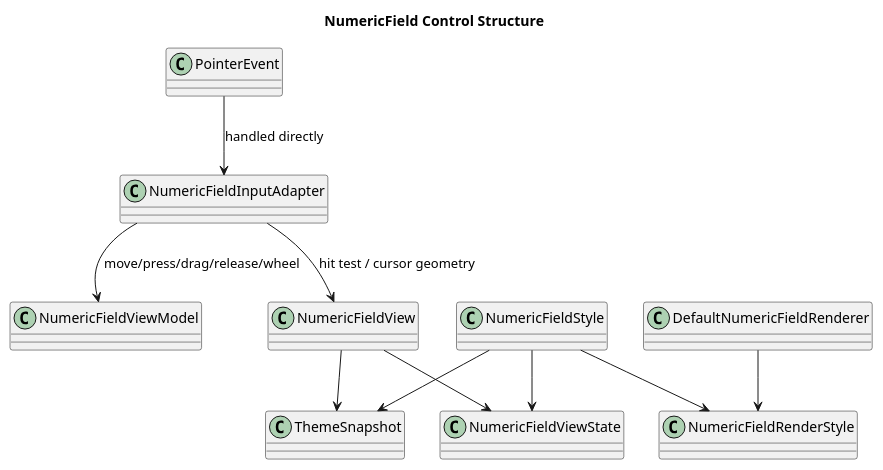
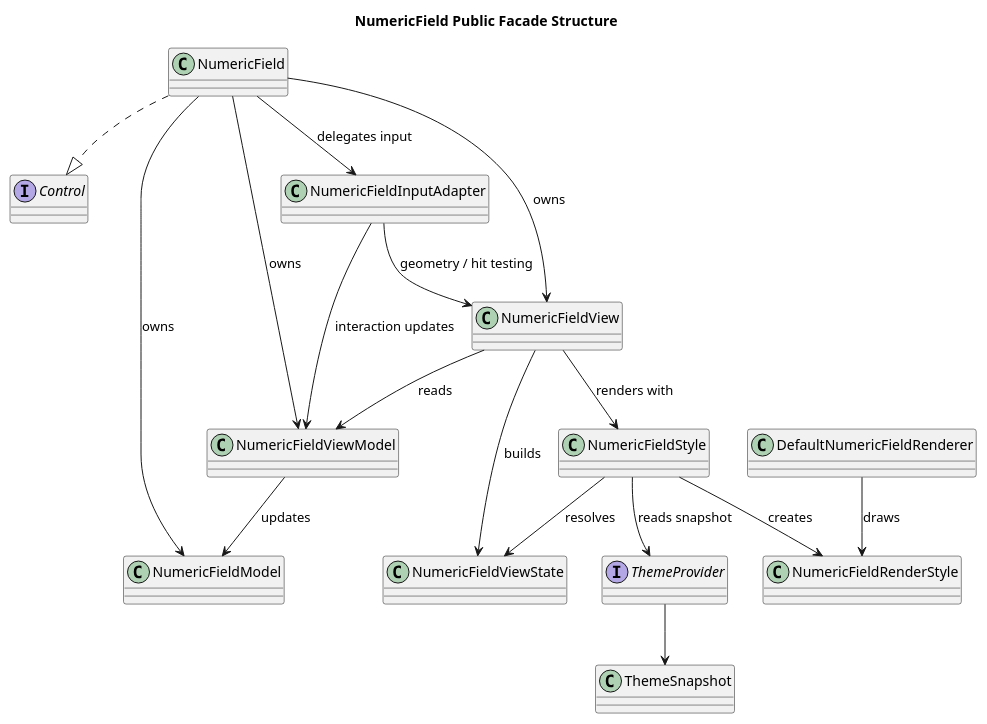
Before and after one commit to cdpoloz/cpz-mvvm-processing-controls: the diagram in docs/uml/control_numericfield.puml, drawn with PlantUML. The commit also changed 251 other files, not shown here.

```diff
--- a/docs/uml/control_numericfield.puml
+++ b/docs/uml/control_numericfield.puml
@@ -1,25 +1,35 @@
 @startuml
-title NumericField Control Structure
+title NumericField Public Facade Structure
 skinparam packageStyle rectangle
 skinparam shadowing false
 
-class PointerEvent
-class NumericFieldInputAdapter
+interface Control
+class NumericField
+class NumericFieldModel
 class NumericFieldViewModel
 class NumericFieldView
+class NumericFieldInputAdapter
 class NumericFieldViewState
 class NumericFieldStyle
 class NumericFieldRenderStyle
 class DefaultNumericFieldRenderer
+interface ThemeProvider
 class ThemeSnapshot
 
-PointerEvent --> NumericFieldInputAdapter : handled directly
-NumericFieldInputAdapter --> NumericFieldView : hit test / cursor geometry
-NumericFieldInputAdapter --> NumericFieldViewModel : move/press/drag/release/wheel
-NumericFieldView --> NumericFieldViewState
-NumericFieldView --> ThemeSnapshot
-NumericFieldStyle --> NumericFieldViewState
-NumericFieldStyle --> ThemeSnapshot
-NumericFieldStyle --> NumericFieldRenderStyle
-DefaultNumericFieldRenderer --> NumericFieldRenderStyle
+NumericField ..|> Control
+NumericField --> NumericFieldModel : owns
+NumericField --> NumericFieldViewModel : owns
+NumericField --> NumericFieldView : owns
+NumericField --> NumericFieldInputAdapter : delegates input
+NumericFieldInputAdapter --> NumericFieldView : geometry / hit testing
+NumericFieldInputAdapter --> NumericFieldViewModel : interaction updates
+NumericFieldViewModel --> NumericFieldModel : updates
+NumericFieldView --> NumericFieldViewModel : reads
+NumericFieldView --> NumericFieldViewState : builds
+NumericFieldView --> NumericFieldStyle : renders with
+NumericFieldStyle --> ThemeProvider : reads snapshot
+ThemeProvider --> ThemeSnapshot
+NumericFieldStyle --> NumericFieldViewState : resolves
+NumericFieldStyle --> NumericFieldRenderStyle : creates
+DefaultNumericFieldRenderer --> NumericFieldRenderStyle : draws
 @enduml
```
